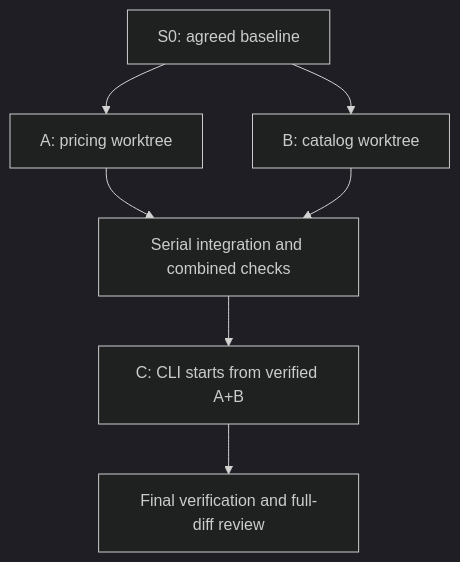
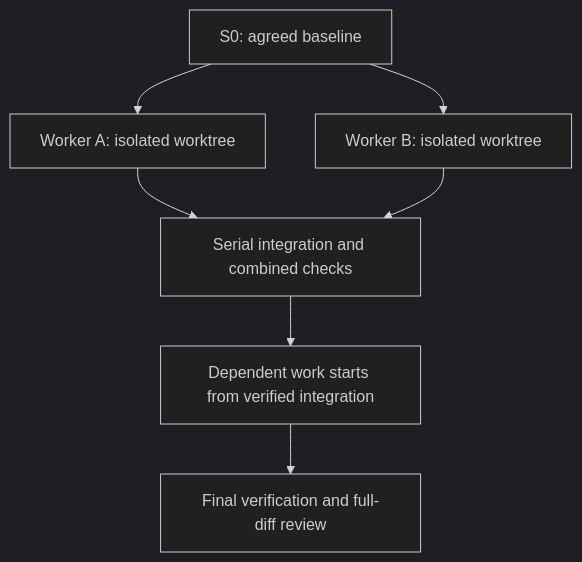
The second of 2 diagrams in docs/MANUAL.md (netname/pi-adapted-mp-skills), drawn with Mermaid (dark theme) before and after one commit. The commit also changed other lines of this file and 10 other files, not shown here.

````diff
--- a/docs/MANUAL.md
+++ b/docs/MANUAL.md
@@ -894,9 +597,9 @@
 ```mermaid
 flowchart TD
-    S["S0: agreed baseline"] --> A["A: pricing worktree"]
-    S --> B["B: catalog worktree"]
+    S["S0: agreed baseline"] --> A["Worker A: isolated worktree"]
+    S --> B["Worker B: isolated worktree"]
     A --> I["Serial integration and combined checks"]
     B --> I
-    I --> C["C: CLI starts from verified A+B"]
+    I --> C["Dependent work starts from verified integration"]
     C --> F["Final verification and full-diff review"]
 ```
````
